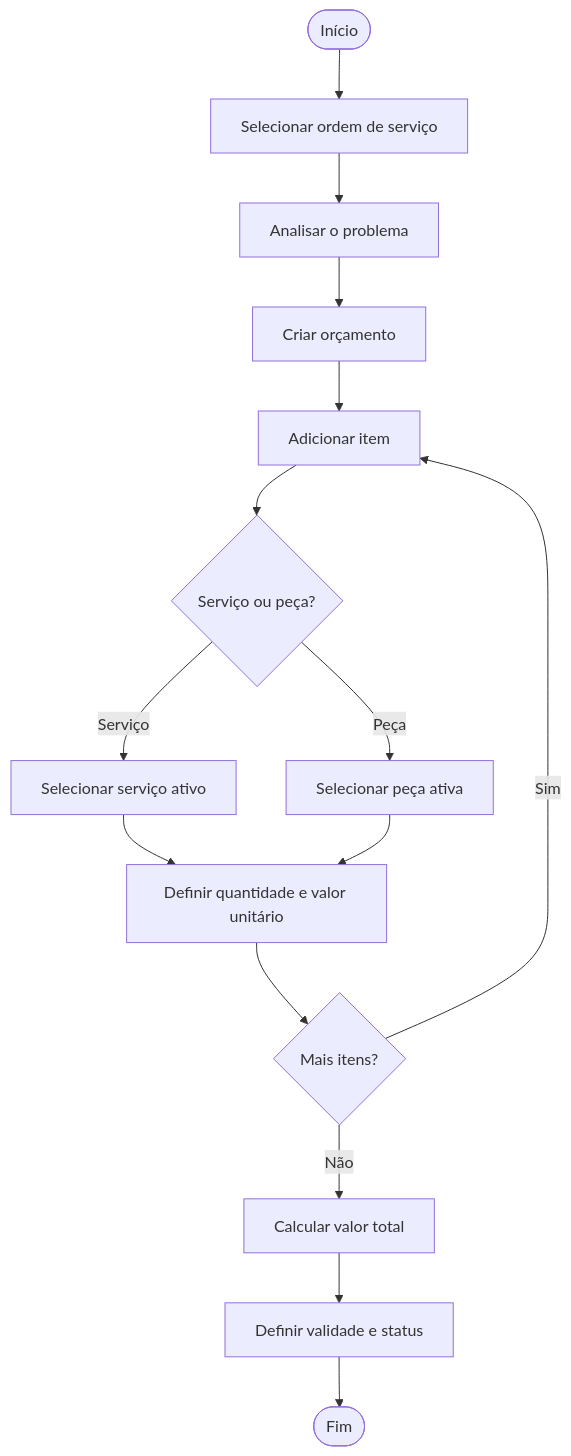
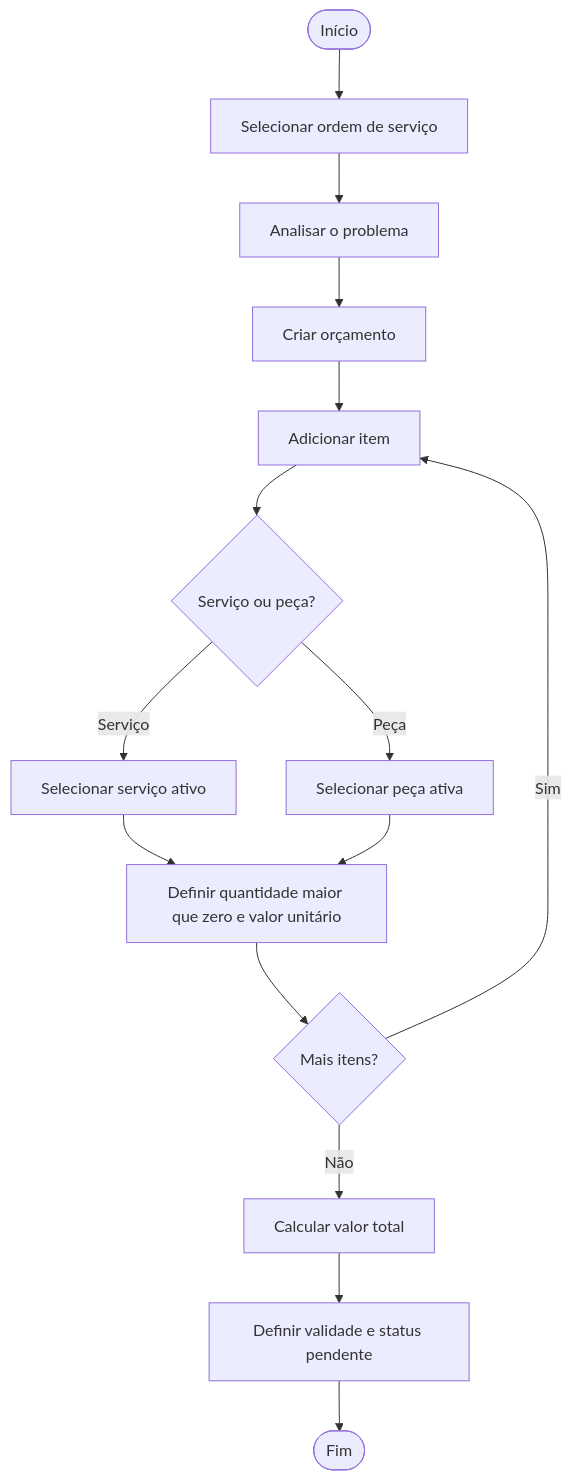
The second of 6 diagrams in README.md (Lipe0921/Banco-de-dados), drawn with Mermaid before and after one commit. The commit also changed other lines of this file, not shown here.

````diff
--- a/README.md
+++ b/README.md
@@ -214,17 +248,17 @@
 ```mermaid
 flowchart TD
     A([Início]) --> B[Selecionar ordem de serviço]
     B --> C[Analisar o problema]
     C --> D[Criar orçamento]
     D --> E[Adicionar item]
     E --> F{Serviço ou peça?}
     F -- Serviço --> G[Selecionar serviço ativo]
     F -- Peça --> H[Selecionar peça ativa]
-    G --> I[Definir quantidade e valor unitário]
+    G --> I[Definir quantidade maior que zero e valor unitário]
     H --> I
     I --> J{Mais itens?}
     J -- Sim --> E
     J -- Não --> K[Calcular valor total]
-    K --> L[Definir validade e status]
+    K --> L[Definir validade e status pendente]
     L --> M([Fim])
 ```
````
